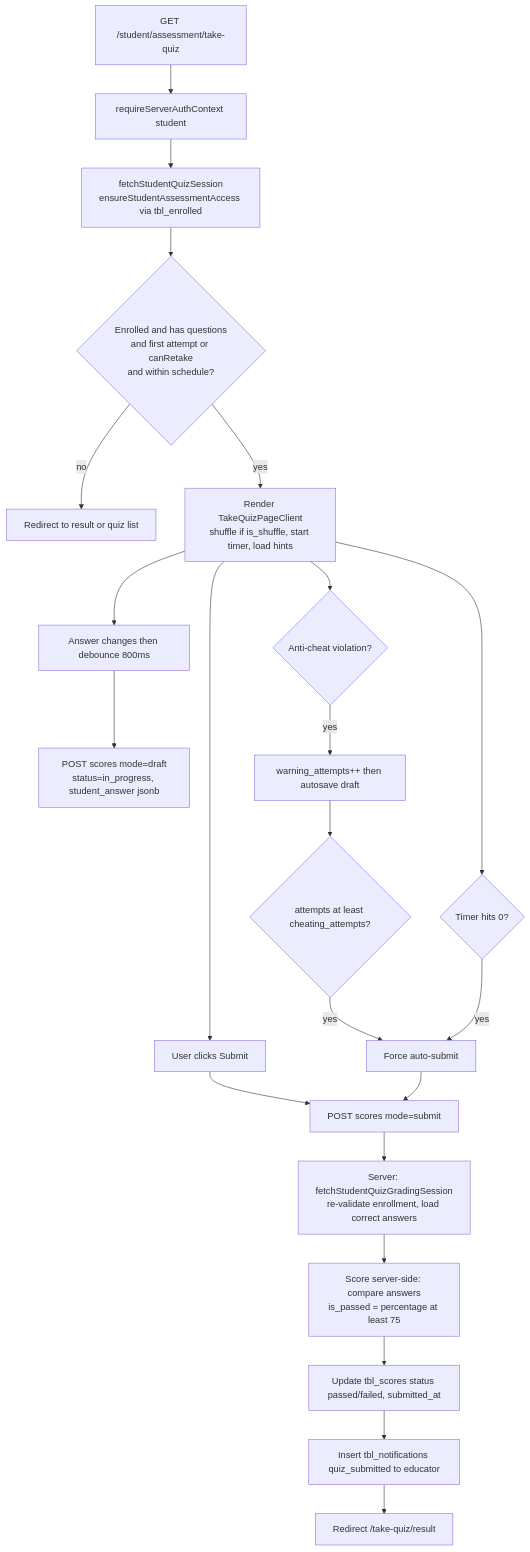
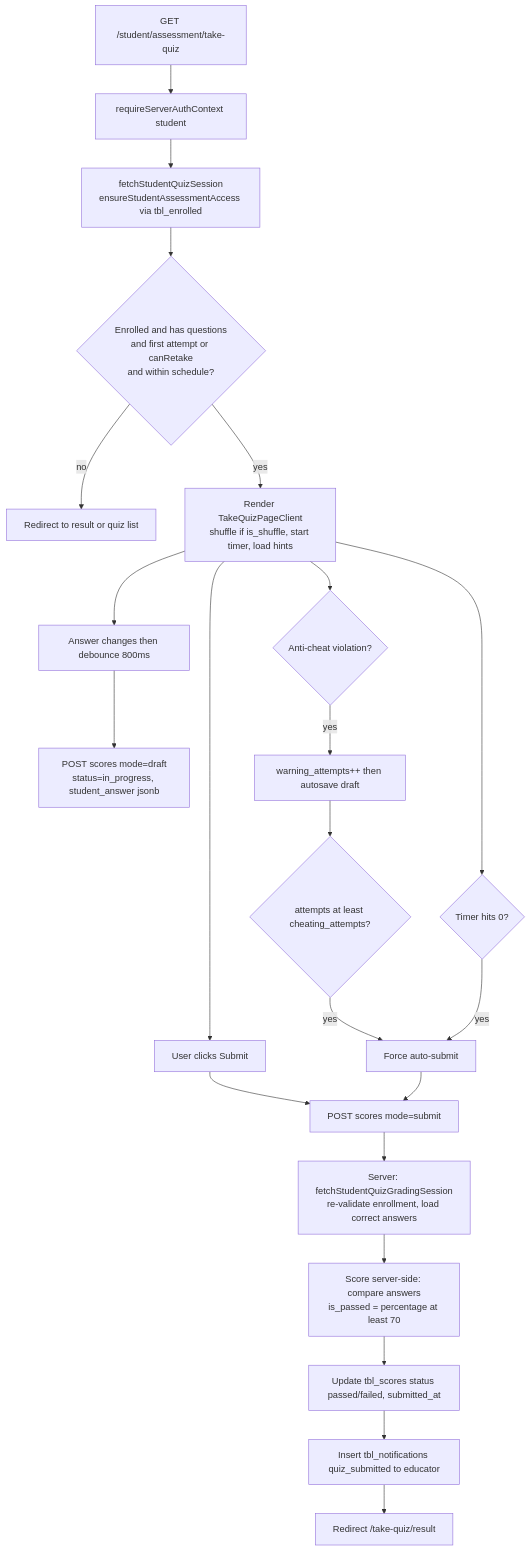
One commit to iChicoRito/Qyzen_v2 changed the seventh of 9 diagrams in docs/architecture/ARCHITECTURE_TECHNICAL.md. Above: the diagram before and after it, drawn with Mermaid. The commit also changed 23 other files, not shown here.

````diff
--- a/docs/architecture/ARCHITECTURE_TECHNICAL.md
+++ b/docs/architecture/ARCHITECTURE_TECHNICAL.md
@@ -263,24 +263,24 @@
 ```mermaid
 flowchart TD
     A[GET /student/assessment/take-quiz] --> B[requireServerAuthContext student]
     B --> C[fetchStudentQuizSession<br/>ensureStudentAssessmentAccess via tbl_enrolled]
     C --> D{Enrolled and has questions<br/>and first attempt or canRetake<br/>and within schedule?}
     D -->|no| E[Redirect to result or quiz list]
     D -->|yes| F[Render TakeQuizPageClient<br/>shuffle if is_shuffle, start timer, load hints]
     F --> G[Answer changes then debounce 800ms]
     G --> H[POST scores mode=draft<br/>status=in_progress, student_answer jsonb]
     F --> I{Anti-cheat violation?}
     I -->|yes| J[warning_attempts++ then autosave draft]
     J --> K{attempts at least cheating_attempts?}
     K -->|yes| L[Force auto-submit]
     F --> M{Timer hits 0?}
     M -->|yes| L
     F --> N[User clicks Submit]
     N --> O[POST scores mode=submit]
     L --> O
     O --> P[Server: fetchStudentQuizGradingSession<br/>re-validate enrollment, load correct answers]
-    P --> Q[Score server-side: compare answers<br/>is_passed = percentage at least 75]
+    P --> Q[Score server-side: compare answers<br/>is_passed = percentage at least 70]
     Q --> R[Update tbl_scores status passed/failed, submitted_at]
     R --> S[Insert tbl_notifications quiz_submitted to educator]
     S --> T[Redirect /take-quiz/result]
 ```
````
